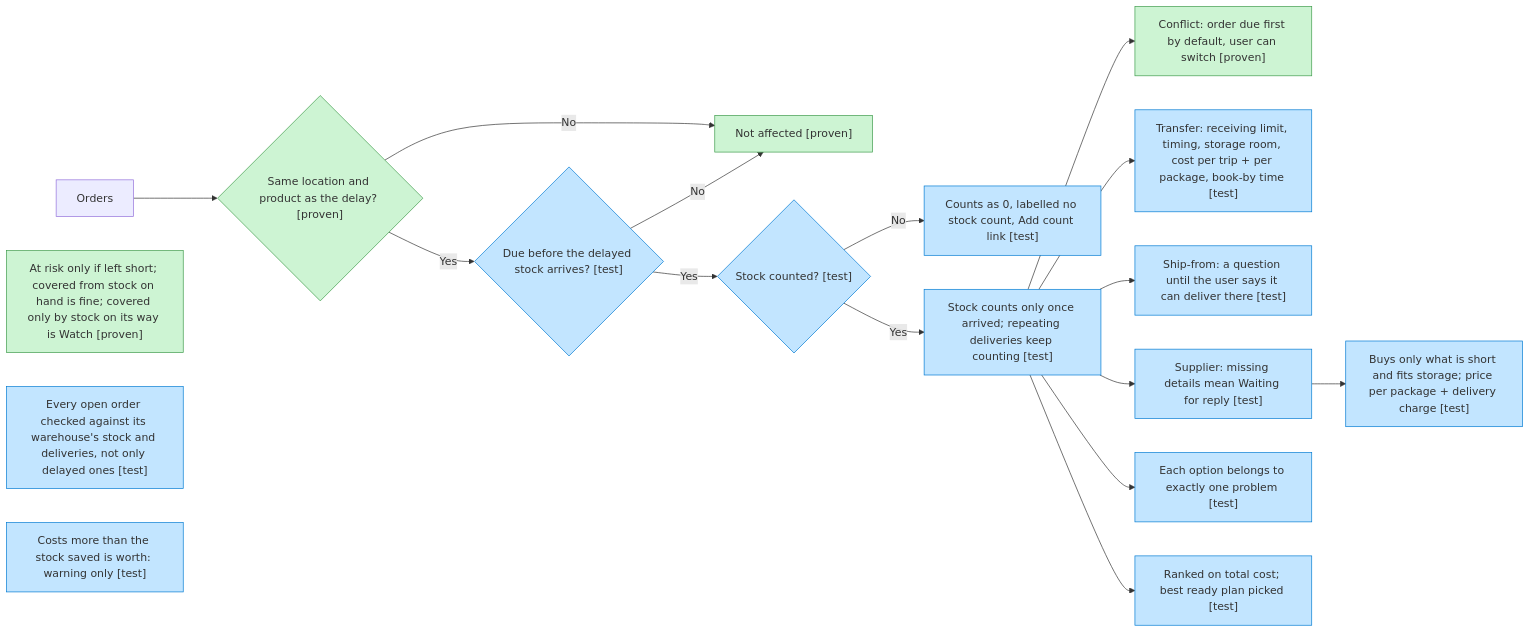
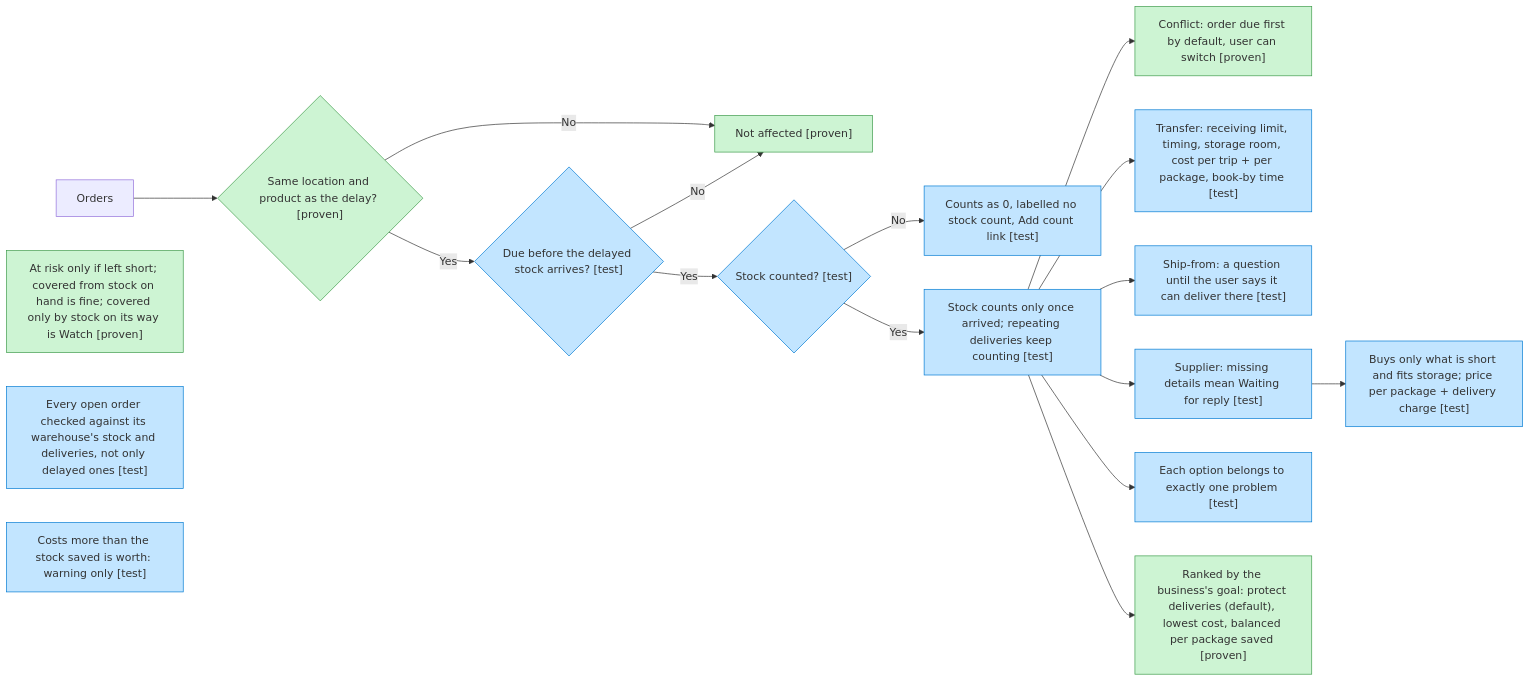
The fourth of 7 diagrams in docs/07-bug-map.md (gouravhanumante/rehearsal-ai-builder-cup), drawn with Mermaid before and after one commit. The commit also changed 15 other files, not shown here.

Commit message:
Pick a goal: Protect deliveries (default), Lowest cost, Balanced (priority first, then cheapest per package saved); saved per business; options and best pick re-rank

````diff
--- a/docs/07-bug-map.md
+++ b/docs/07-bug-map.md
@@ -84,24 +84,24 @@
 ```mermaid
 flowchart LR
   o["Orders"] --> loc{"Same location and product as the delay? [proven]"}
   loc -->|"No"| na["Not affected [proven]"]
   loc -->|"Yes"| due{"Due before the delayed stock arrives? [test]"}
   due -->|"No"| na
   due -->|"Yes"| st{"Stock counted? [test]"}
   risk["At risk only if left short; covered from stock on hand is fine; covered only by stock on its way is Watch [proven]"]
   st -->|"No"| unk["Counts as 0, labelled no stock count, Add count link [test]"]
   st -->|"Yes"| al["Stock counts only once arrived; repeating deliveries keep counting [test]"]
   all["Every open order checked against its warehouse's stock and deliveries, not only delayed ones [test]"]
   al --> cf["Conflict: order due first by default, user can switch [proven]"]
   al --> tr["Transfer: receiving limit, timing, storage room, cost per trip + per package, book-by time [test]"]
   al --> sf["Ship-from: a question until the user says it can deliver there [test]"]
   al --> sup["Supplier: missing details mean Waiting for reply [test]"]
   sup --> buy["Buys only what is short and fits storage; price per package + delivery charge [test]"]
   al --> grp["Each option belongs to exactly one problem [test]"]
-  al --> rec["Ranked on total cost; best ready plan picked [test]"]
+  al --> rec["Ranked by the business's goal: protect deliveries (default), lowest cost, balanced per package saved [proven]"]
   worth["Costs more than the stock saved is worth: warning only [test]"]
   classDef proven fill:#CDF4D3,stroke:#3E9B4B
   classDef test fill:#C2E5FF,stroke:#007AD2
-  class loc,na,cf,risk proven
-  class due,st,unk,al,all,tr,sf,sup,buy,grp,rec,worth test
+  class loc,na,cf,risk,rec proven
+  class due,st,unk,al,all,tr,sf,sup,buy,grp,worth test
 ```
````
